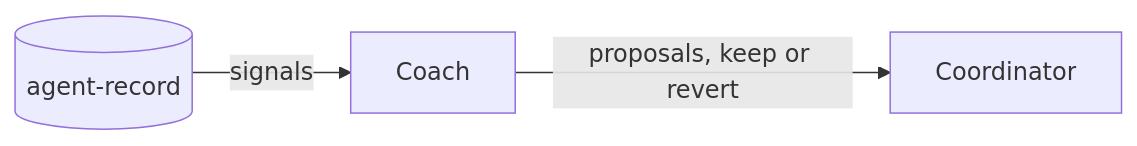
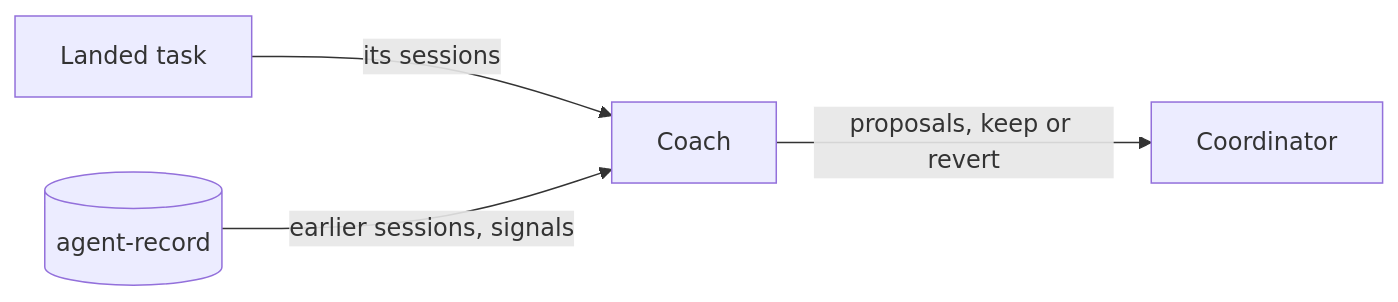
One commit to cniska/agent-skills changed the third of 4 diagrams in docs/loops.md. Above: the diagram before and after it, drawn with Mermaid. The commit also changed 8 other files, not shown here.

````diff
--- a/docs/loops.md
+++ b/docs/loops.md
@@ -74,5 +74,6 @@
 ```mermaid
 flowchart LR
-  rec[("agent-record")] -- "signals" --> coach["Coach"]
+  task["Landed task"] -- "its sessions" --> coach["Coach"]
+  rec[("agent-record")] -- "earlier sessions, signals" --> coach
   coach -- "proposals, keep or revert" --> lead["Coordinator"]
 ```
````
